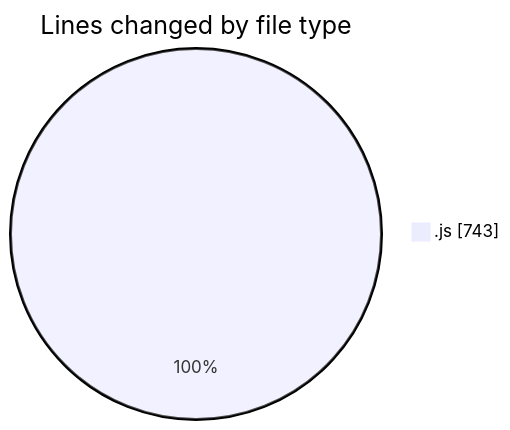
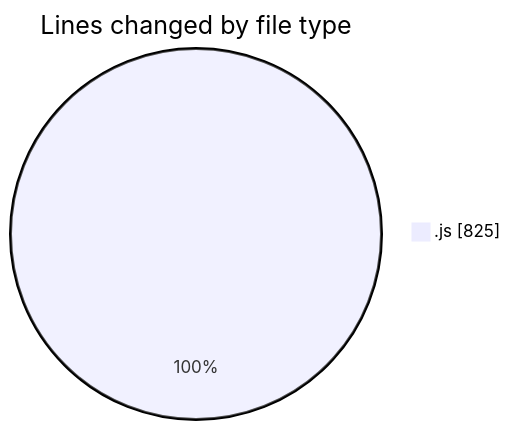
Before and after one commit to momahboobian/code-tracking: the first of 2 diagrams in 2025-03-13/cda/README.md, drawn with Mermaid. The commit also changed other lines of this file and 1 other file, not shown here.

````diff
--- a/2025-03-13/cda/README.md
+++ b/2025-03-13/cda/README.md
@@ -22,5 +22,5 @@
 ```mermaid
 pie showData
 title Lines changed by file type
-".js" : 743
+".js" : 825
 ```
````
